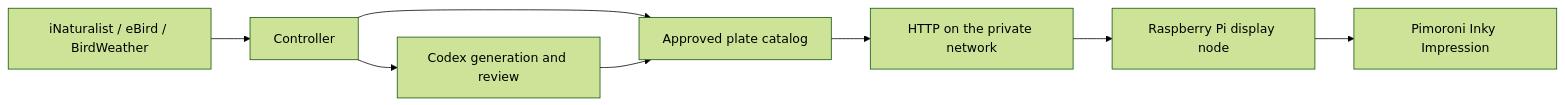
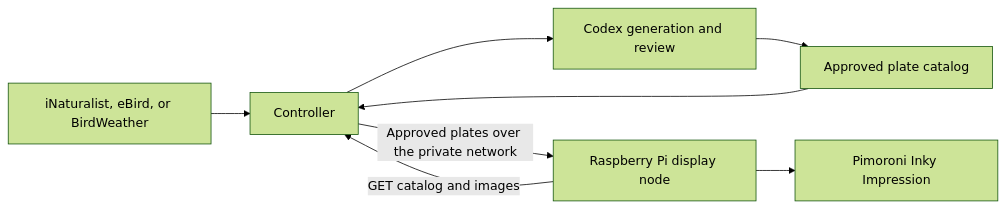
One commit to veteranbv/inky-bird-frame changed the diagram in README.md. Above: the diagram before and after it, drawn with Mermaid (forest theme). The commit also changed other lines of this file and 21 other files, not shown here.

````diff
--- a/README.md
+++ b/README.md
@@ -34,10 +32,10 @@
 ```mermaid
 flowchart LR
-    A["iNaturalist / eBird / BirdWeather"] --> B["Controller"]
-    B --> C["Approved plate catalog"]
-    C --> D["HTTP on the private network"]
-    D --> E["Raspberry Pi display node"]
-    E --> F["Pimoroni Inky Impression"]
-    B --> G["Codex generation and review"]
-    G --> C
+    S["iNaturalist, eBird, or BirdWeather"] --> C["Controller"]
+    C --> G["Codex generation and review"]
+    G --> A["Approved plate catalog"]
+    A --> C
+    D["Raspberry Pi display node"] -- "GET catalog and images" --> C
+    C -- "Approved plates over the private network" --> D
+    D --> P["Pimoroni Inky Impression"]
 ```
````
